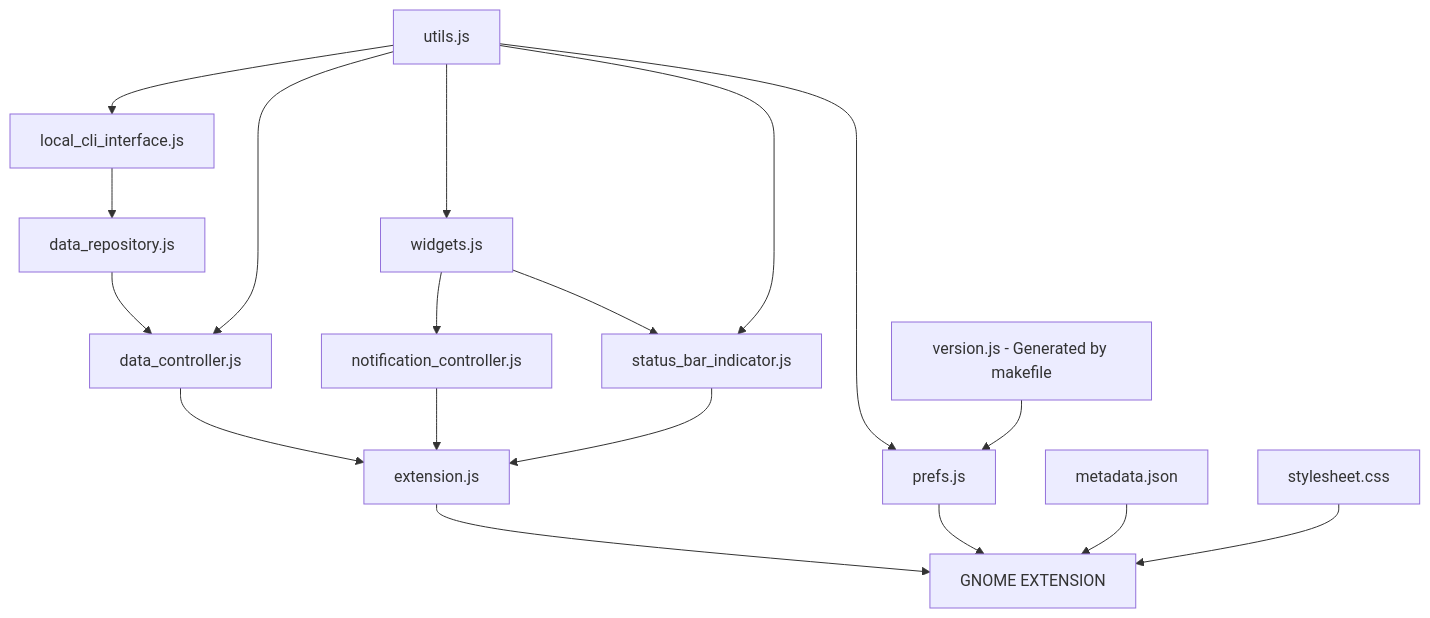
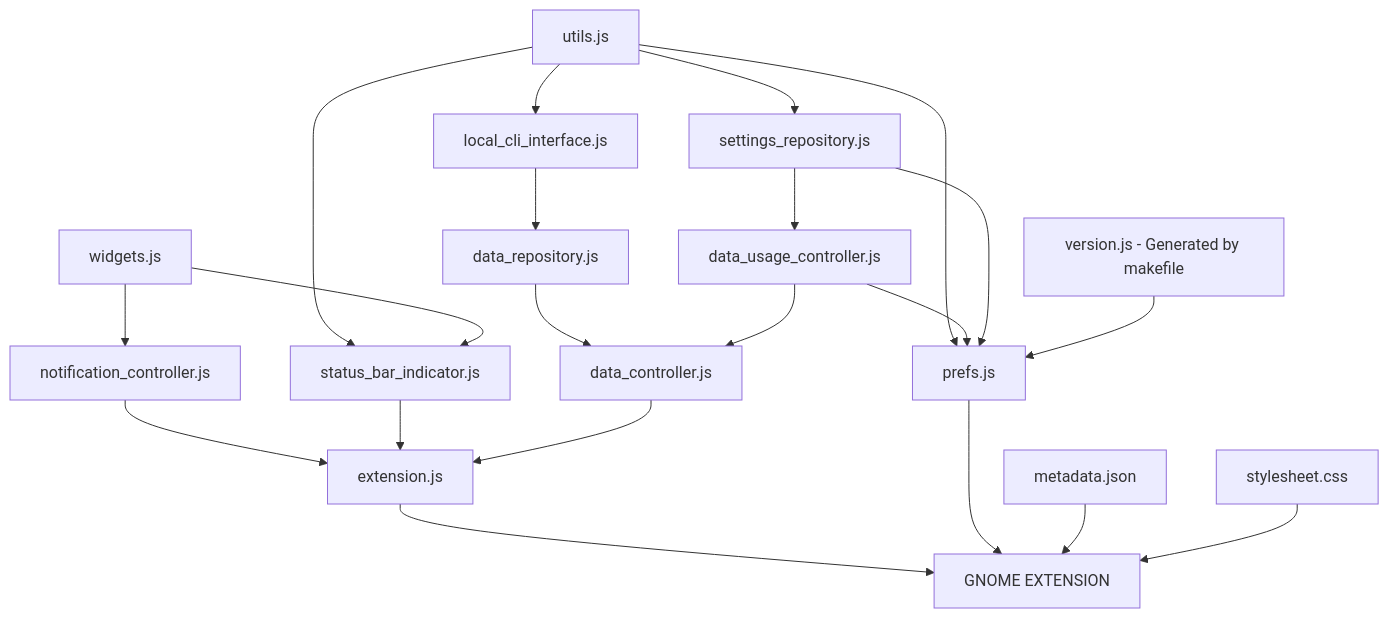
One commit to arononak/github-actions-gnome-extension changed the diagram in README.md. Above: the diagram before and after it, drawn with Mermaid. The commit also changed 8 other files, not shown here.

````diff
--- a/README.md
+++ b/README.md
@@ -47,25 +47,25 @@
 ```mermaid
 graph TD;
-    utils.js-->local_cli_interface.js;
     local_cli_interface.js-->data_repository.js;
     data_repository.js-->data_controller.js
-    data_controller.js-->extension.js;
-
-    utils.js-->data_controller.js;
-    utils.js-->widgets.js;
+    utils.js-->local_cli_interface.js;
+    notification_controller.js-->extension.js;
+    utils.js-->settings_repository.js;
     utils.js-->prefs.js;
-
-    widgets.js-->notification_controller.js;
-    notification_controller.js-->extension.js;
-
-    widgets.js-->status_bar_indicator.js;
     utils.js-->status_bar_indicator.js;
     status_bar_indicator.js-->extension.js;
+    data_usage_controller.js-->prefs.js;
+    data_usage_controller.js-->data_controller.js;
+    data_controller.js-->extension.js;
+    settings_repository.js-->prefs.js;
+    widgets.js-->notification_controller.js;
+    widgets.js-->status_bar_indicator.js;
+    settings_repository.js-->data_usage_controller.js;
 
     version.js[version.js - Generated by makefile]-->prefs.js;
 
     extension.js-->EXTENSION[GNOME EXTENSION]
     prefs.js-->EXTENSION[GNOME EXTENSION]
     metadata.json-->EXTENSION[GNOME EXTENSION]
     stylesheet.css-->EXTENSION[GNOME EXTENSION]
 ```
````
